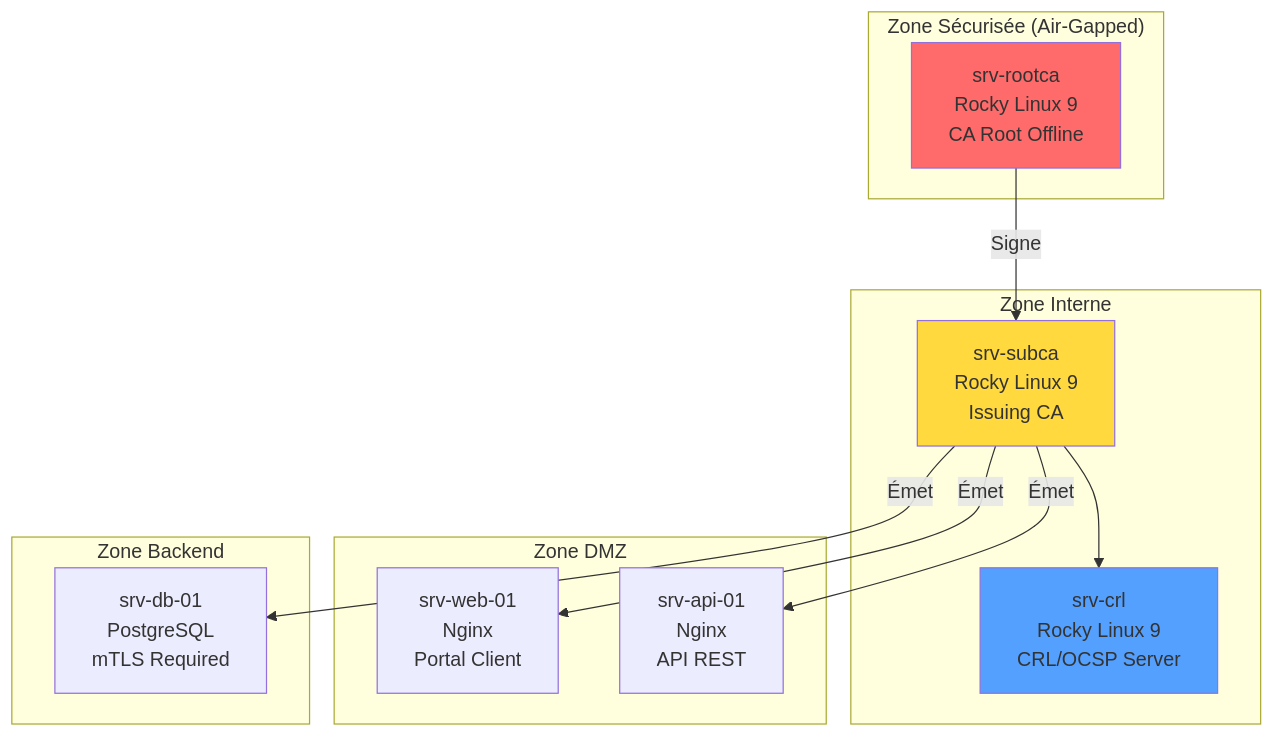
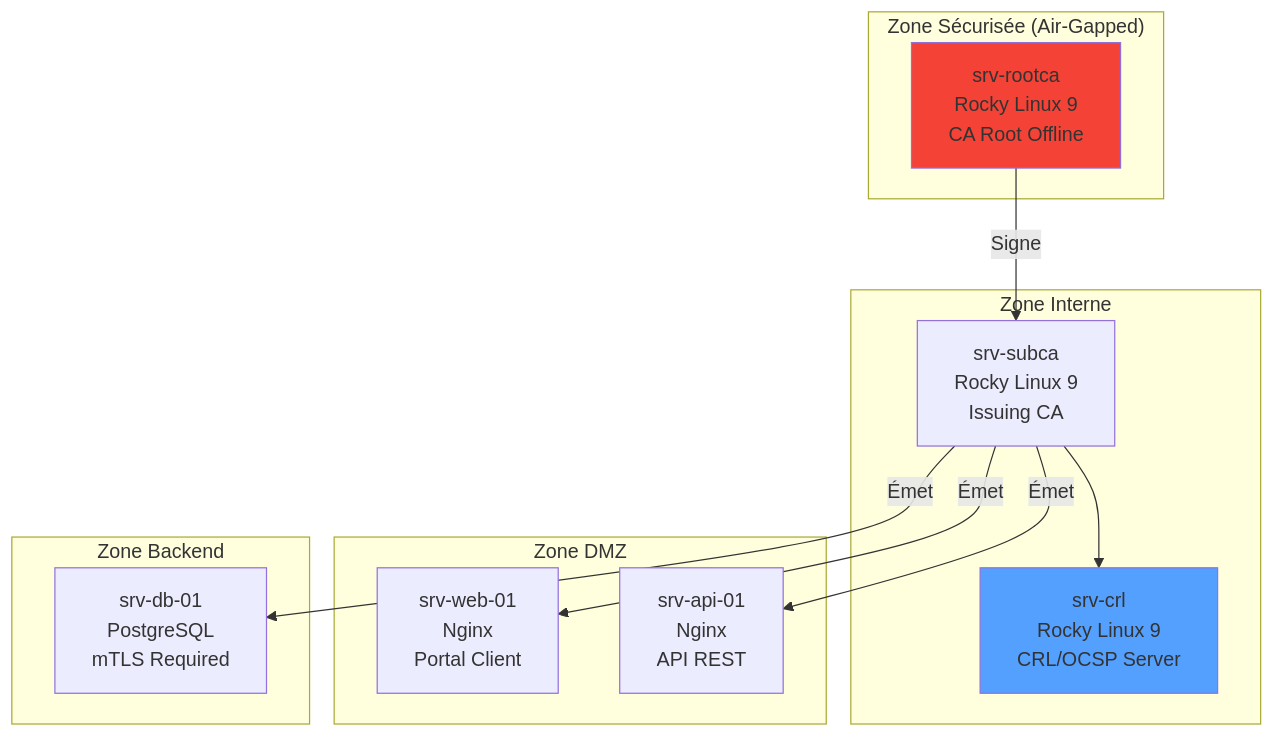
One commit to VBlackJack/ShellBook changed the diagram in docs/formations/pki-certificates/05-tp-final.md. Above: the diagram before and after it, drawn with Mermaid. The commit also changed 337 other files, not shown here.

First line of the commit message:
refactor(docs): Standardize code blocks and Mermaid colors

````diff
--- a/docs/formations/pki-certificates/05-tp-final.md
+++ b/docs/formations/pki-certificates/05-tp-final.md
@@ -18,30 +18,30 @@
 ```mermaid
 graph TD
     subgraph "Zone Sécurisée (Air-Gapped)"
         A[srv-rootca<br/>Rocky Linux 9<br/>CA Root Offline]
     end
 
     subgraph "Zone Interne"
         B[srv-subca<br/>Rocky Linux 9<br/>Issuing CA]
         C[srv-crl<br/>Rocky Linux 9<br/>CRL/OCSP Server]
     end
 
     subgraph "Zone DMZ"
         D[srv-web-01<br/>Nginx<br/>Portal Client]
         E[srv-api-01<br/>Nginx<br/>API REST]
     end
 
     subgraph "Zone Backend"
         F[srv-db-01<br/>PostgreSQL<br/>mTLS Required]
     end
 
     A -->|Signe| B
     B -->|Émet| D
     B -->|Émet| E
     B -->|Émet| F
     B --> C
 
-    style A fill:#ff6b6b
-    style B fill:#ffd93d
+    style A fill:#f44336
+    style B fill:#FF9800800800
     style C fill:#54a0ff
 ```
````
